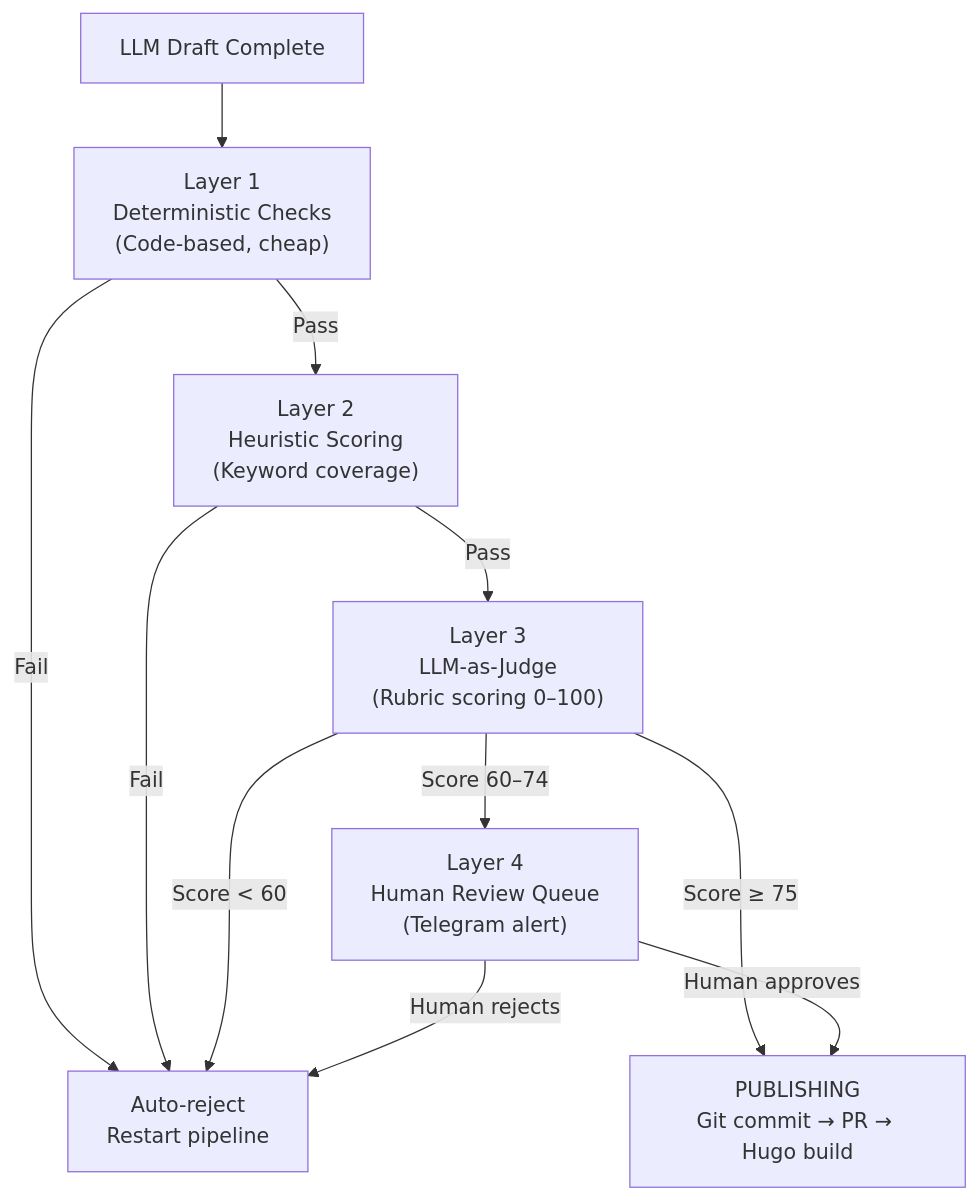
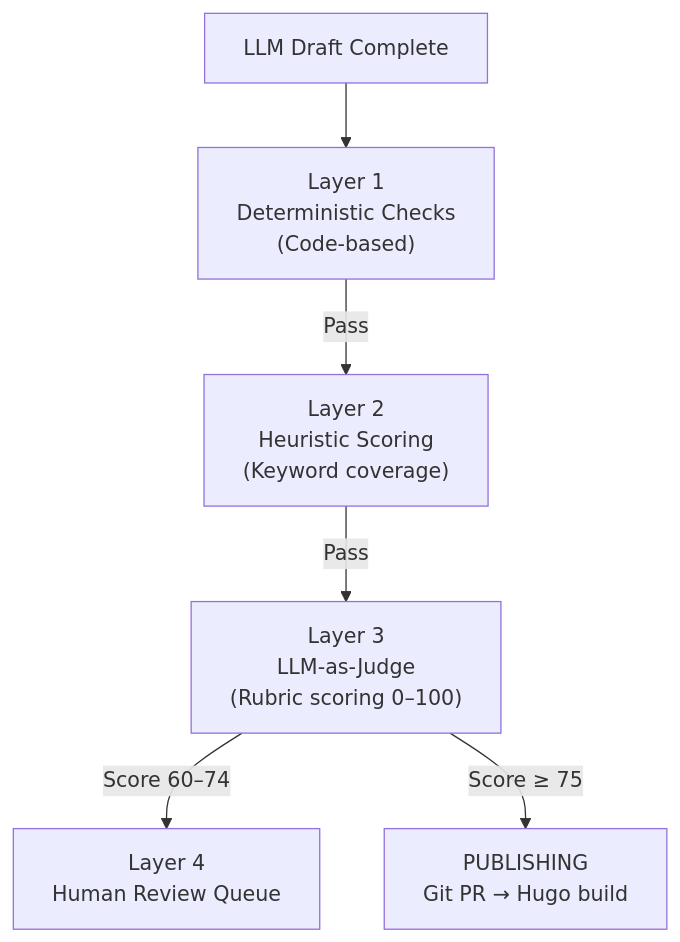
Before and after one commit to vesviet/vesviet: the fourth of 4 diagrams in content/posts/architecting-an-autonomous-hybrid-ai-content-pipeline.md, drawn with Mermaid. The commit also changed other lines of this file and 160 other files, not shown here.

````diff
--- a/content/posts/architecting-an-autonomous-hybrid-ai-content-pipeline.md
+++ b/content/posts/architecting-an-autonomous-hybrid-ai-content-pipeline.md
@@ -267,13 +142,8 @@
 ```mermaid
 flowchart TD
-    A["LLM Draft Complete"] --> B["Layer 1\nDeterministic Checks\n(Code-based, cheap)"]
-    B -- "Fail" --> ERR["Auto-reject\nRestart pipeline"]
+    A["LLM Draft Complete"] --> B["Layer 1\nDeterministic Checks\n(Code-based)"]
     B -- "Pass" --> C["Layer 2\nHeuristic Scoring\n(Keyword coverage)"]
-    C -- "Fail" --> ERR
     C -- "Pass" --> D["Layer 3\nLLM-as-Judge\n(Rubric scoring 0–100)"]
-    D -- "Score < 60" --> ERR
-    D -- "Score 60–74" --> E["Layer 4\nHuman Review Queue\n(Telegram alert)"]
-    D -- "Score ≥ 75" --> F["PUBLISHING\nGit commit → PR → Hugo build"]
-    E -- "Human approves" --> F
-    E -- "Human rejects" --> ERR
+    D -- "Score 60–74" --> E["Layer 4\nHuman Review Queue"]
+    D -- "Score ≥ 75" --> F["PUBLISHING\nGit PR → Hugo build"]
 ```
````
